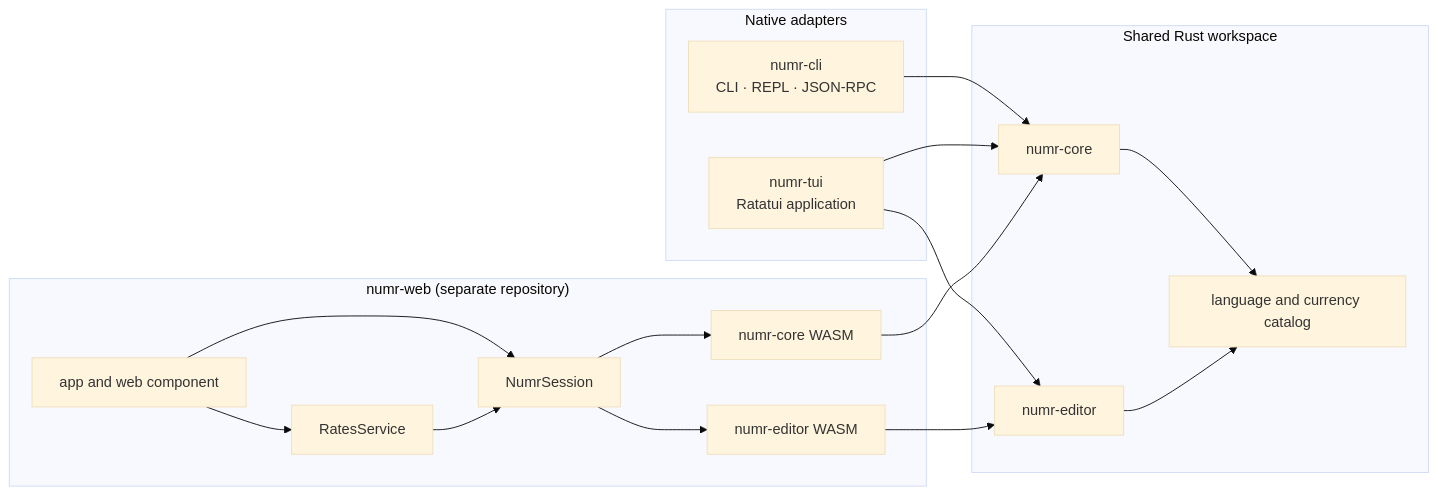
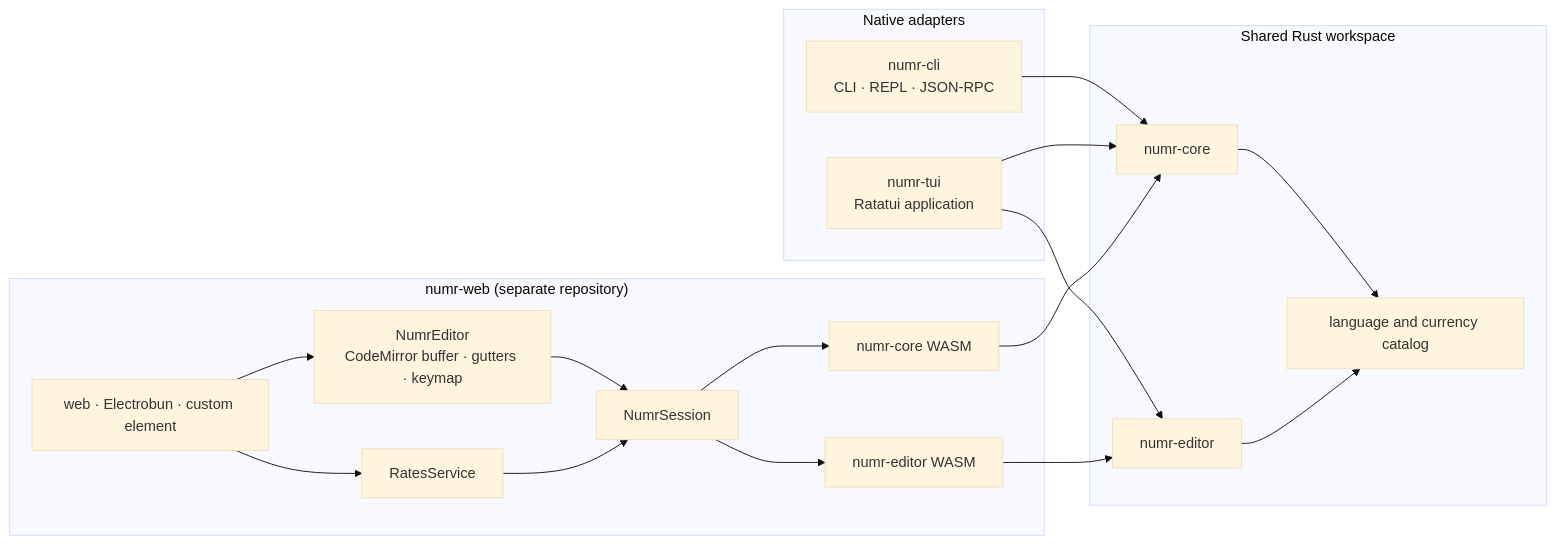
The first of 2 diagrams in docs/architecture.md (nasedkinpv/numr), drawn with Mermaid (base theme) before and after one commit. The commit also changed other lines of this file and 3 other files, not shown here.

````diff
--- a/docs/architecture.md
+++ b/docs/architecture.md
@@ -7,34 +7,36 @@
 ```mermaid
 flowchart LR
     subgraph Native["Native adapters"]
         CLI["numr-cli<br/>CLI · REPL · JSON-RPC"]
         TUI["numr-tui<br/>Ratatui application"]
     end
 
     subgraph Browser["numr-web (separate repository)"]
-        Views["app and web component"]
+        Views["web · Electrobun · custom element"]
+        BrowserEditor["NumrEditor<br/>CodeMirror buffer · gutters · keymap"]
         Session["NumrSession"]
         Rates["RatesService"]
         CoreWasm["numr-core WASM"]
         EditorWasm["numr-editor WASM"]
-        Views --> Session
+        Views --> BrowserEditor
+        BrowserEditor --> Session
         Views --> Rates
         Session --> CoreWasm
         Session --> EditorWasm
         Rates --> Session
     end
 
     subgraph Rust["Shared Rust workspace"]
         Core["numr-core"]
         Editor["numr-editor"]
         Catalog["language and currency catalog"]
         Core --> Catalog
         Editor --> Catalog
     end
 
     CLI --> Core
     TUI --> Core
     TUI --> Editor
     CoreWasm --> Core
     EditorWasm --> Editor
 ```
````
